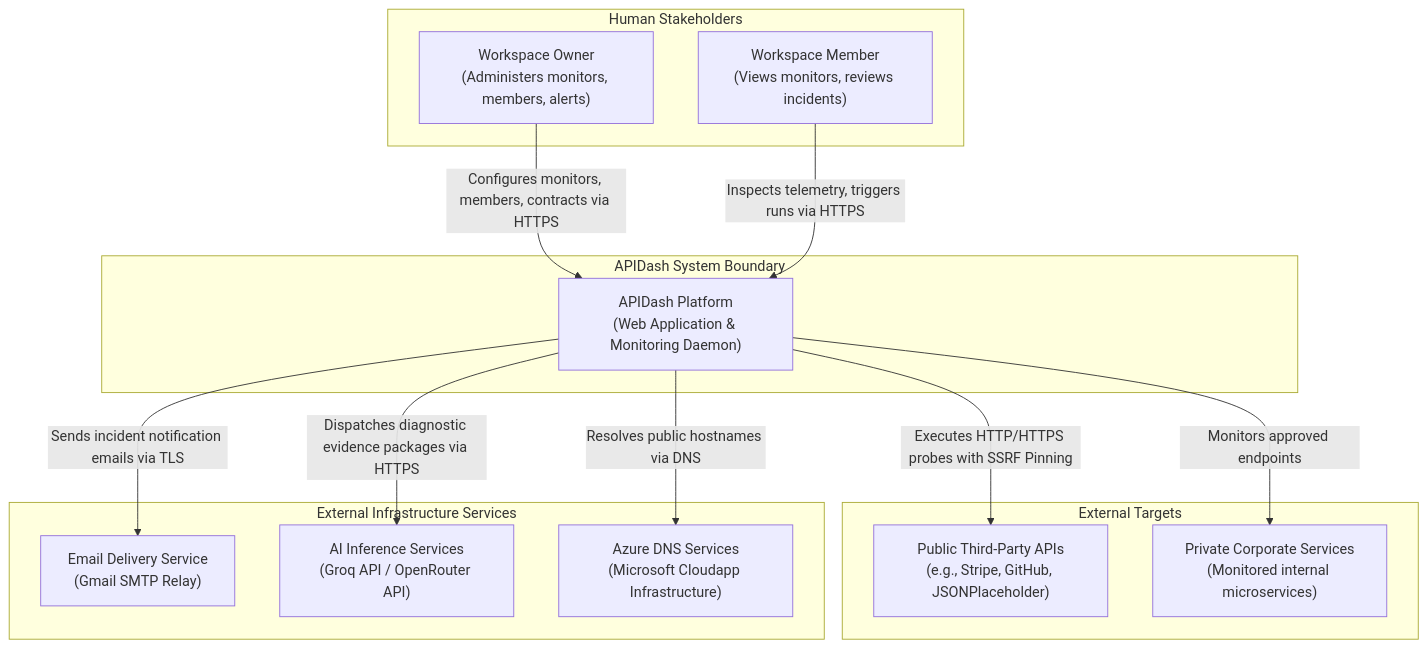
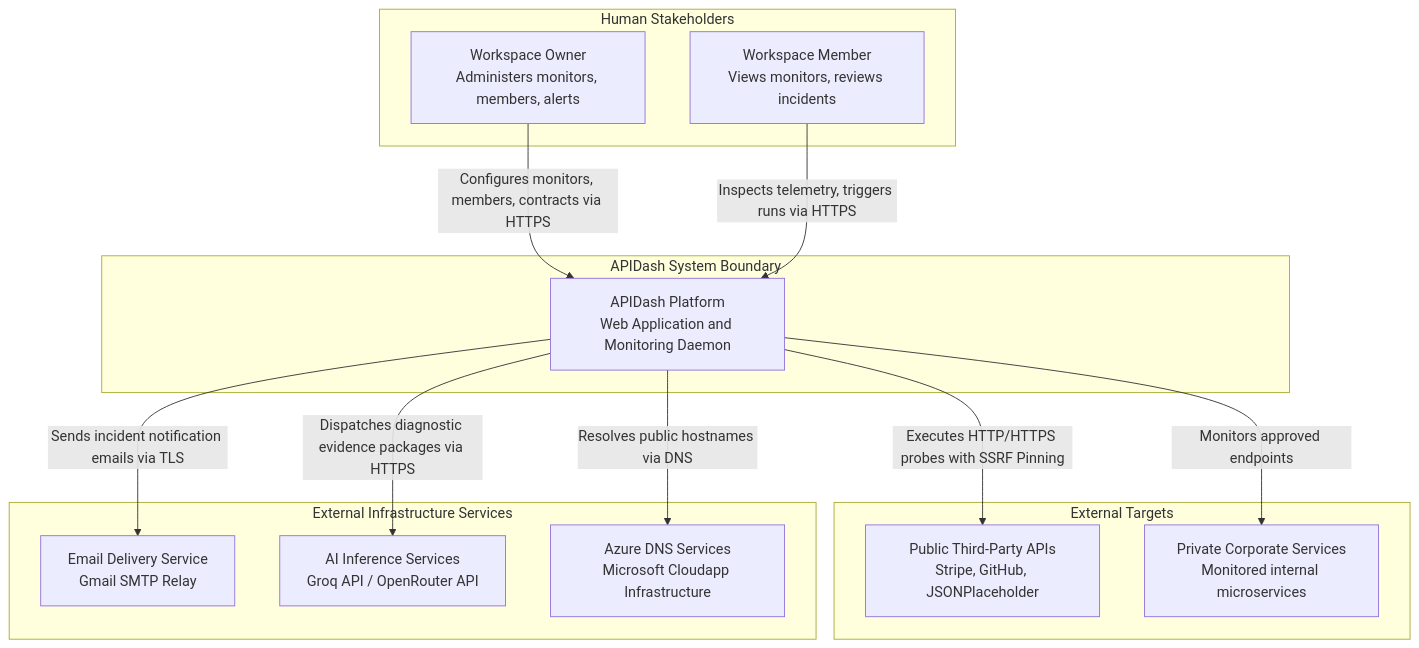
Before and after one commit to ritesh0w0/APIDash: the first of 2 diagrams in docs/architecture/system-context.md, drawn with Mermaid. The commit also changed other lines of this file and 18 other files, not shown here.

Commit message:
fix(docs): resolve GitHub Mermaid parser syntax errors across all diagrams

````diff
--- a/docs/architecture/system-context.md
+++ b/docs/architecture/system-context.md
@@ -9,31 +9,31 @@
 ```mermaid
 graph TB
     subgraph Users ["Human Stakeholders"]
-        Owner["Workspace Owner<br/>(Administers monitors, members, alerts)"]
-        Member["Workspace Member<br/>(Views monitors, reviews incidents)"]
+        Owner["Workspace Owner<br/>Administers monitors, members, alerts"]
+        Member["Workspace Member<br/>Views monitors, reviews incidents"]
     end
 
     subgraph Boundaries ["APIDash System Boundary"]
-        APIDash["APIDash Platform<br/>(Web Application & Monitoring Daemon)"]
+        APIDash["APIDash Platform<br/>Web Application and Monitoring Daemon"]
     end
 
     subgraph ExternalTargets ["External Targets"]
-        PublicAPI["Public Third-Party APIs<br/>(e.g., Stripe, GitHub, JSONPlaceholder)"]
-        InternalAPI["Private Corporate Services<br/>(Monitored internal microservices)"]
+        PublicAPI["Public Third-Party APIs<br/>Stripe, GitHub, JSONPlaceholder"]
+        InternalAPI["Private Corporate Services<br/>Monitored internal microservices"]
     end
 
     subgraph ExternalServices ["External Infrastructure Services"]
-        MailServer["Email Delivery Service<br/>(Gmail SMTP Relay)"]
-        AIProvider["AI Inference Services<br/>(Groq API / OpenRouter API)"]
-        CloudDNS["Azure DNS Services<br/>(Microsoft Cloudapp Infrastructure)"]
+        MailServer["Email Delivery Service<br/>Gmail SMTP Relay"]
+        AIProvider["AI Inference Services<br/>Groq API / OpenRouter API"]
+        CloudDNS["Azure DNS Services<br/>Microsoft Cloudapp Infrastructure"]
     end
 
     Owner -->|Configures monitors, members, contracts via HTTPS| APIDash
     Member -->|Inspects telemetry, triggers runs via HTTPS| APIDash
 
     APIDash -->|Executes HTTP/HTTPS probes with SSRF Pinning| PublicAPI
     APIDash -->|Monitors approved endpoints| InternalAPI
     APIDash -->|Sends incident notification emails via TLS| MailServer
     APIDash -->|Dispatches diagnostic evidence packages via HTTPS| AIProvider
     APIDash -->|Resolves public hostnames via DNS| CloudDNS
 ```
````
